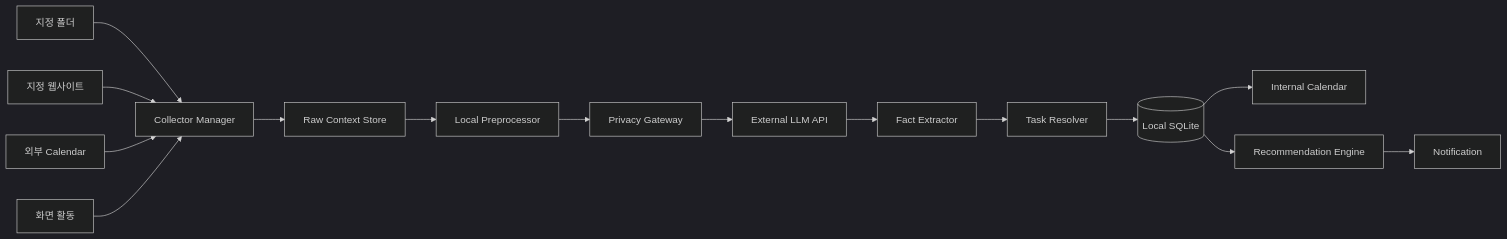
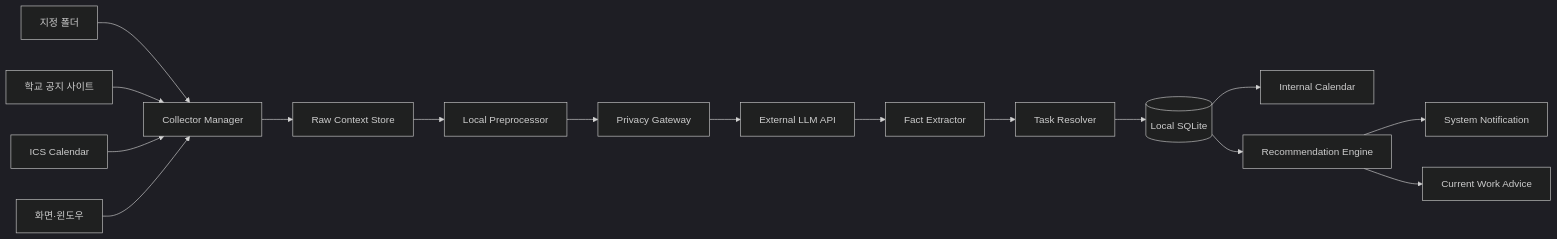
The first of 2 diagrams in README.md (madcamp-official/dododo), drawn with Mermaid (dark theme) before and after one commit. The commit also changed other lines of this file, not shown here.

````diff
--- a/README.md
+++ b/README.md
@@ -82,20 +79,21 @@
 ```mermaid
 flowchart LR
     FILE["지정 폴더"] --> COLLECTOR["Collector Manager"]
-    WEB["지정 웹사이트"] --> COLLECTOR
-    CALENDAR["외부 Calendar"] --> COLLECTOR
-    SCREEN["화면 활동"] --> COLLECTOR
+    WEB["학교 공지 사이트"] --> COLLECTOR
+    CALENDAR["ICS Calendar"] --> COLLECTOR
+    SCREEN["화면·윈도우"] --> COLLECTOR
 
     COLLECTOR --> RAW["Raw Context Store"]
     RAW --> PREPROCESSOR["Local Preprocessor"]
     PREPROCESSOR --> PRIVACY["Privacy Gateway"]
     PRIVACY --> LLM["External LLM API"]
 
     LLM --> EXTRACTOR["Fact Extractor"]
     EXTRACTOR --> RESOLVER["Task Resolver"]
     RESOLVER --> DB[("Local SQLite")]
 
     DB --> INTERNAL_CALENDAR["Internal Calendar"]
     DB --> RECOMMENDER["Recommendation Engine"]
-    RECOMMENDER --> NOTIFICATION["Notification"]
+    RECOMMENDER --> NOTIFICATION["System Notification"]
+    RECOMMENDER --> ADVICE["Current Work Advice"]
 ```
````
